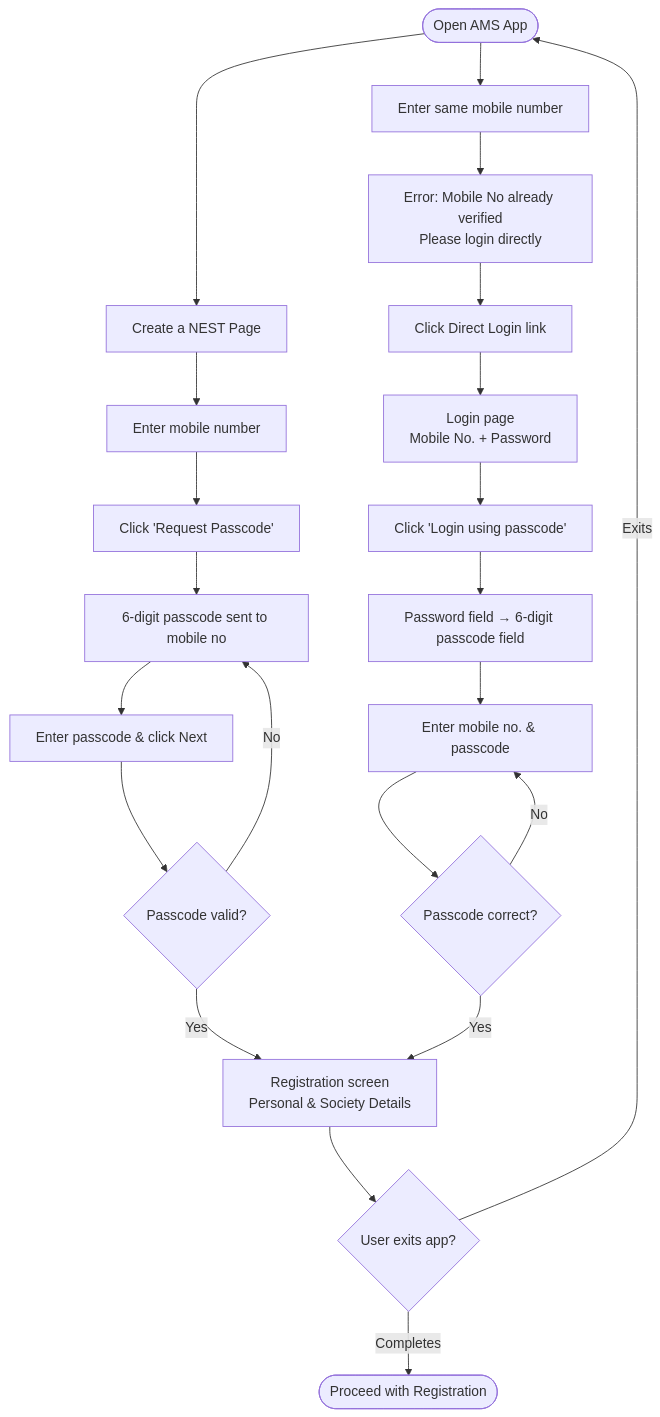
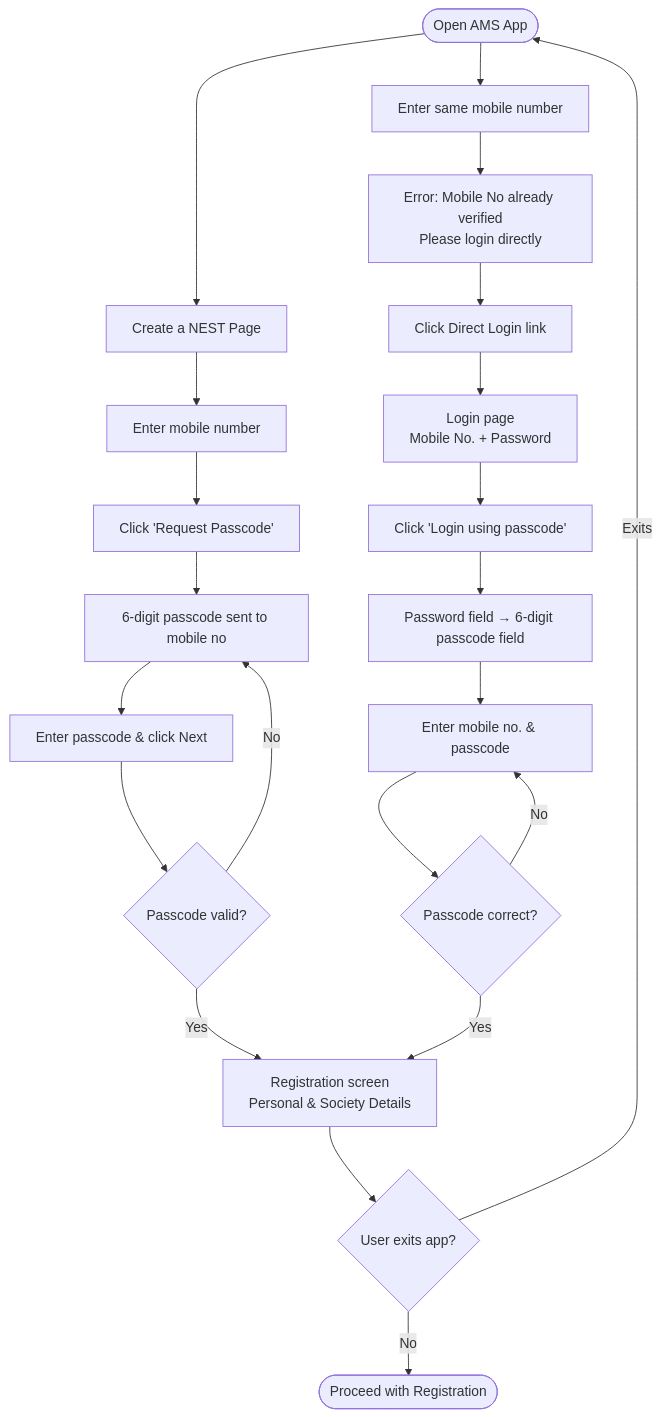
Before and after one commit to Hrithik-Byteflow/AMS-Documentation: the diagram in docs/Functional_Requirements/CommunityAdmin_UserOnboarding&ResidentOversight/User_Registration_Alternate_Flow.md, drawn with Mermaid.

````diff
--- a/docs/Functional_Requirements/CommunityAdmin_UserOnboarding&ResidentOversight/User_Registration_Alternate_Flow.md
+++ b/docs/Functional_Requirements/CommunityAdmin_UserOnboarding&ResidentOversight/User_Registration_Alternate_Flow.md
@@ -6,30 +6,30 @@
 ```mermaid
 flowchart TD
     A([Open AMS App])
 
     A --> B[Create a NEST Page]
     A --> J[Enter same mobile number]
 
     B --> C[Enter mobile number]
     C --> D[Click 'Request Passcode']
     D --> E[6-digit passcode sent to mobile no]
     E --> F[Enter passcode & click Next]
     F --> G{Passcode valid?}
     G -- No --> E
     G -- Yes --> R
 
     J --> K[Error: Mobile No already verified\nPlease login directly]
     K --> L[Click Direct Login link]
     L --> M[Login page\nMobile No. + Password]
     M --> N[Click 'Login using passcode']
     N --> O[Password field → 6-digit passcode field]
     O --> P[Enter mobile no. & passcode]
     P --> Q{Passcode correct?}
     Q -- No --> P
     Q -- Yes --> R
 
     R[Registration screen\nPersonal & Society Details]
     R --> S{User exits app?}
-    S -- Completes --> T([Proceed with Registration])
+    S -- No --> T([Proceed with Registration])
     S -- Exits --> A
 ```
````
